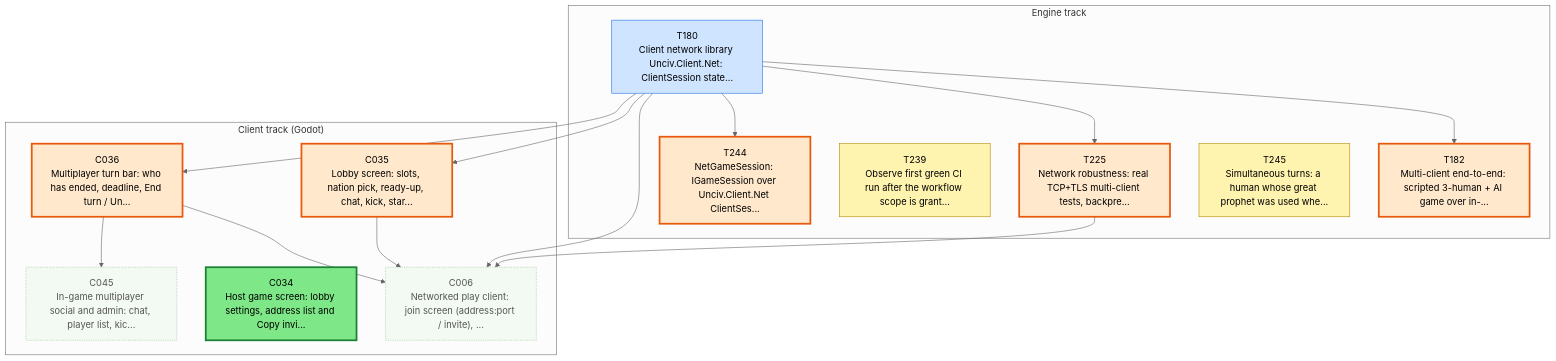
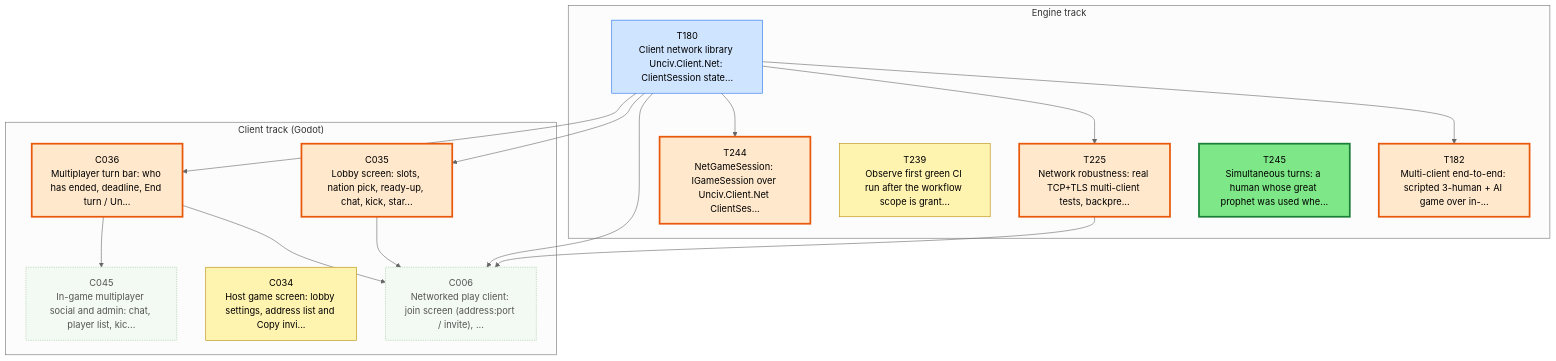
One commit to Kenmura/Unciv changed the first of 3 diagrams in csharp/migration/DEPENDENCY_MAP.md. Above: the diagram before and after it, drawn with Mermaid (neutral theme). The commit also changed other lines of this file and 1 other file, not shown here.

````diff
--- a/csharp/migration/DEPENDENCY_MAP.md
+++ b/csharp/migration/DEPENDENCY_MAP.md
@@ -24,46 +24,46 @@
 ```mermaid
 flowchart TD
   subgraph TTRACK["Engine track"]
     T180["T180<br/>Client network library Unciv.Client.Net: ClientSession state..."]
     T182["T182<br/>Multi-client end-to-end: scripted 3-human + AI game over in-..."]
     T225["T225<br/>Network robustness: real TCP+TLS multi-client tests, backpre..."]
     T239["T239<br/>Observe first green CI run after the workflow scope is grant..."]
     T244["T244<br/>NetGameSession: IGameSession over Unciv.Client.Net ClientSes..."]
     T245["T245<br/>Simultaneous turns: a human whose great prophet was used whe..."]
   end
   subgraph CTRACK["Client track (Godot)"]
     C006["C006<br/>Networked play client: join screen (address:port / invite), ..."]
     C034["C034<br/>Host game screen: lobby settings, address list and Copy invi..."]
     C035["C035<br/>Lobby screen: slots, nation pick, ready-up, chat, kick, star..."]
     C036["C036<br/>Multiplayer turn bar: who has ended, deadline, End turn / Un..."]
     C045["C045<br/>In-game multiplayer social and admin: chat, player list, kic..."]
   end
   T180 --> T182
   T180 --> T225
   T180 --> T244
   T180 --> C006
   C035 --> C006
   C036 --> C006
   T225 --> C006
   T180 --> C035
   T180 --> C036
   C036 --> C045
   classDef waiting fill:#f3faf3,stroke:#9bc49b,color:#555,stroke-dasharray:2 2
   classDef ondeck fill:#ffe8cc,stroke:#e8590c,stroke-width:3px,color:#000
   classDef ready fill:#7ee787,stroke:#1a7f37,stroke-width:3px,color:#000
   classDef prog fill:#fff3b0,stroke:#b58900,color:#000
   classDef review fill:#cfe4ff,stroke:#1f6feb,color:#000
   classDef blocked fill:#ffd6d6,stroke:#c62828,color:#000
   classDef done fill:#eeeeee,stroke:#999999,color:#666,stroke-dasharray:4 3
   class C006 waiting
-  class C034 ready
+  class C034 prog
   class C035 ondeck
   class C036 ondeck
   class C045 waiting
   class T180 review
   class T182 ondeck
   class T225 ondeck
   class T239 prog
   class T244 ondeck
-  class T245 prog
+  class T245 ready
 ```
````
